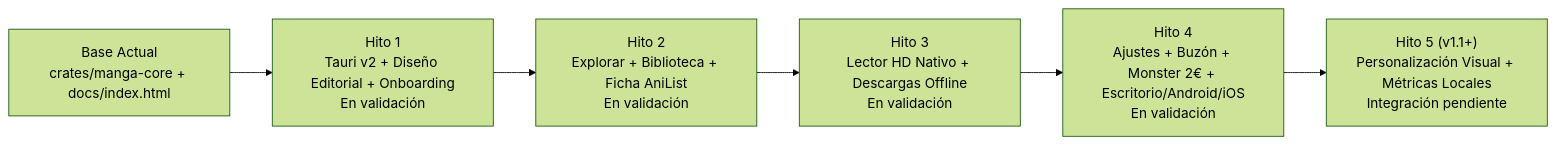
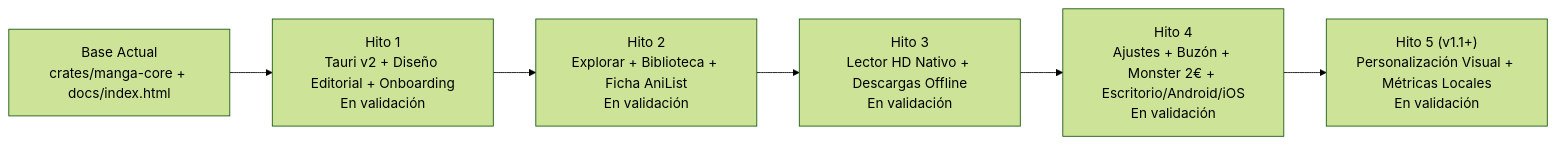
Before and after one commit to tomahawk1103/manga-tui: the diagram in MANGORA_ROADMAP.md, drawn with Mermaid (forest theme). The commit also changed other lines of this file and 20 other files, not shown here.

````diff
--- a/MANGORA_ROADMAP.md
+++ b/MANGORA_ROADMAP.md
@@ -12,11 +12,11 @@
 ```mermaid
 flowchart LR
     Base["Base Actual<br/>crates/manga-core + docs/index.html"]
     H1["Hito 1<br/>Tauri v2 + Diseño Editorial + Onboarding<br/>En validación"]
     H2["Hito 2<br/>Explorar + Biblioteca + Ficha AniList<br/>En validación"]
     H3["Hito 3<br/>Lector HD Nativo + Descargas Offline<br/>En validación"]
     H4["Hito 4<br/>Ajustes + Buzón + Monster 2€ + Escritorio/Android/iOS<br/>En validación"]
-    H5["Hito 5 (v1.1+)<br/>Personalización Visual + Métricas Locales<br/>Integración pendiente"]
+    H5["Hito 5 (v1.1+)<br/>Personalización Visual + Métricas Locales<br/>En validación"]
 
     Base --> H1 --> H2 --> H3 --> H4 --> H5
 ```
````
